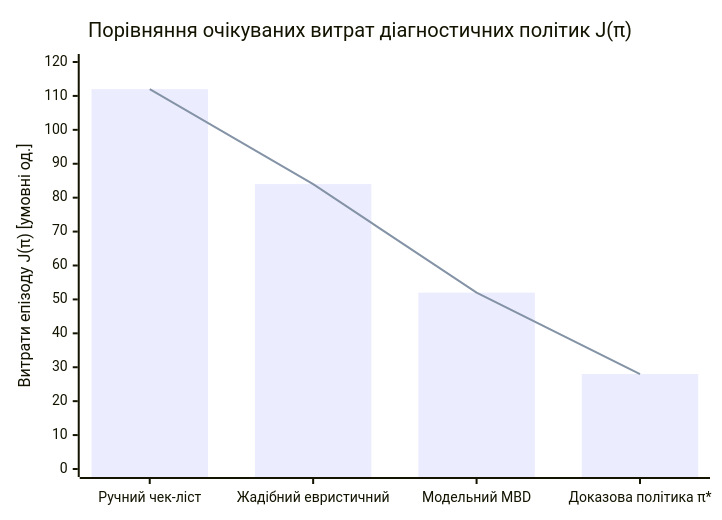
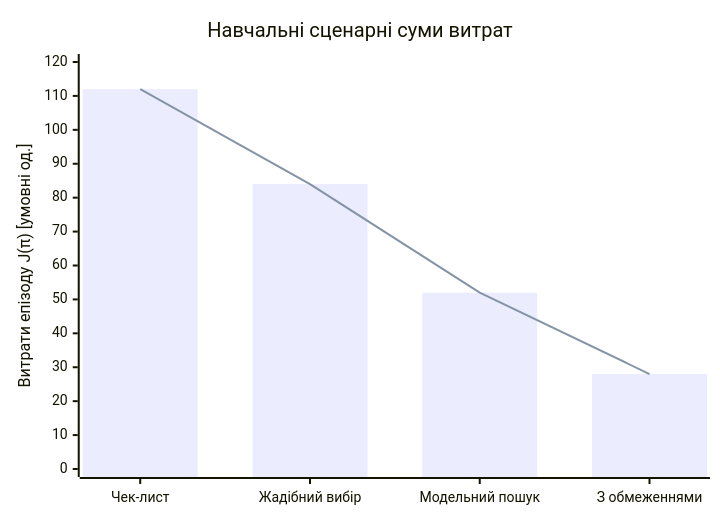
Before and after one commit to nick-fedchik/articles: the sixth of 6 diagrams in ExpertSystem/ch24-system-diagnosis.md, drawn with Mermaid. The commit also changed other lines of this file and 7 other files, not shown here.

````diff
--- a/ExpertSystem/ch24-system-diagnosis.md
+++ b/ExpertSystem/ch24-system-diagnosis.md
@@ -884,8 +1196,10 @@
 ```mermaid
 xychart-beta
-    title "Порівняння очікуваних витрат діагностичних політик J(π)"
-    x-axis ["Ручний чек-ліст", "Жадібний евристичний", "Модельний MBD", "Доказова політика π*"]
+	accTitle: Навчальні сценарні витрати чотирьох політик
+	accDescr: Стовпчики 112, 84, 52 і 28 балів повторюють задані суми таблиці, не результати вимірювання.
+	title "Навчальні сценарні суми витрат"
+	x-axis ["Чек-лист", "Жадібний вибір", "Модельний пошук", "З обмеженнями"]
     y-axis "Витрати епізоду J(π) [умовні од.]" 0 --> 120
     bar [112, 84, 52, 28]
     line [112, 84, 52, 28]
 ```
````
